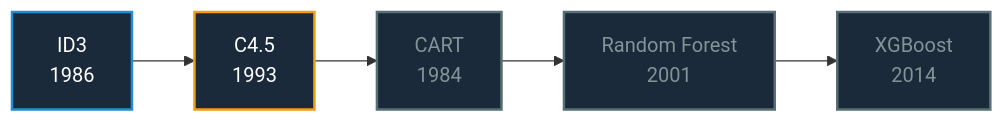
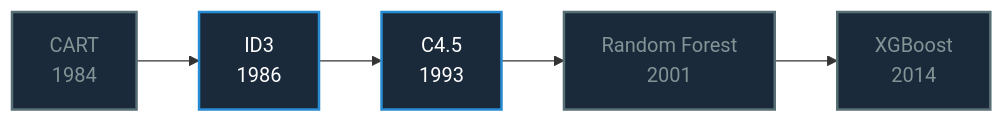
One commit to YangYibiao/yangyibiao.github.io changed the third of 4 diagrams in cpl/slides/datamining/01_intro_tree.md. Above: the diagram before and after it, drawn with Mermaid. The commit also changed other lines of this file and 9 other files, not shown here.

````diff
--- a/cpl/slides/datamining/01_intro_tree.md
+++ b/cpl/slides/datamining/01_intro_tree.md
@@ -535,14 +607,14 @@
 ```mermaid
 flowchart LR
-    A["ID3<br/>1986"]
-    --> B["C4.5<br/>1993"]
-    --> C["CART<br/>1984"]
+    A["CART<br/>1984"]
+    --> B["ID3<br/>1986"]
+    --> C["C4.5<br/>1993"]
     --> D["Random Forest<br/>2001"]
     --> E["XGBoost<br/>2014"]
 
-    style A fill:#1a2a3a,stroke:#268bd2,stroke-width:2px,color:#fff
-    style B fill:#1a2a3a,stroke:#f39c12,stroke-width:2px,color:#fff
-    style C fill:#1a2a3a,stroke:#586e75,stroke-width:2px,color:#839496
+    style A fill:#1a2a3a,stroke:#586e75,stroke-width:2px,color:#839496
+    style B fill:#1a2a3a,stroke:#268bd2,stroke-width:2px,color:#fff
+    style C fill:#1a2a3a,stroke:#268bd2,stroke-width:2px,color:#fff
     style D fill:#1a2a3a,stroke:#586e75,stroke-width:2px,color:#839496
     style E fill:#1a2a3a,stroke:#586e75,stroke-width:2px,color:#839496
 ```
````
